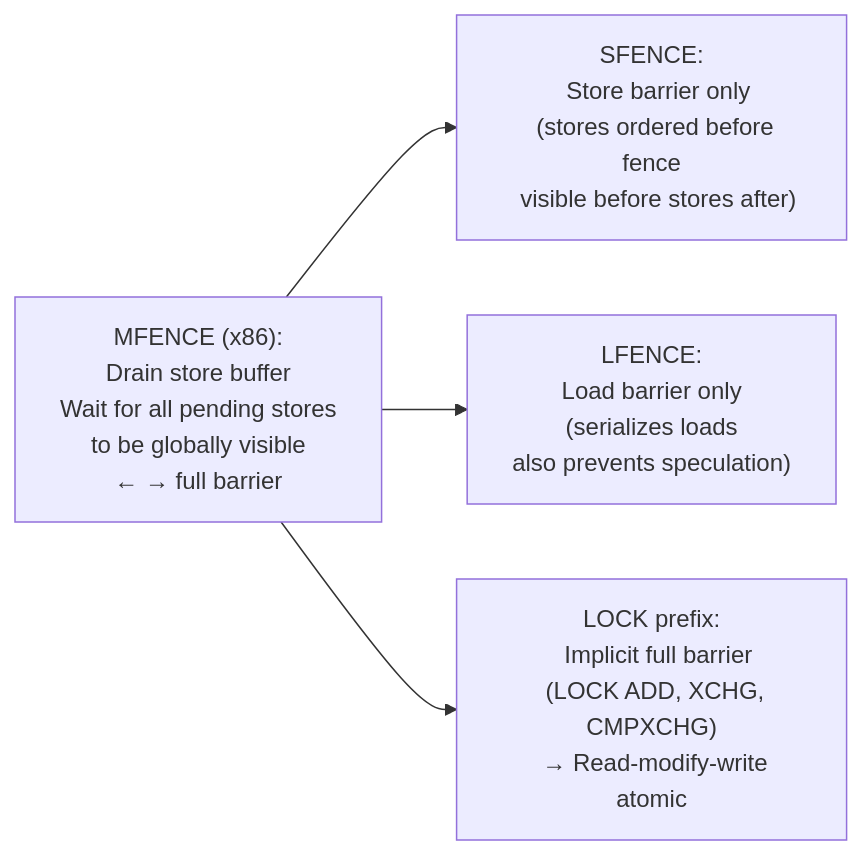
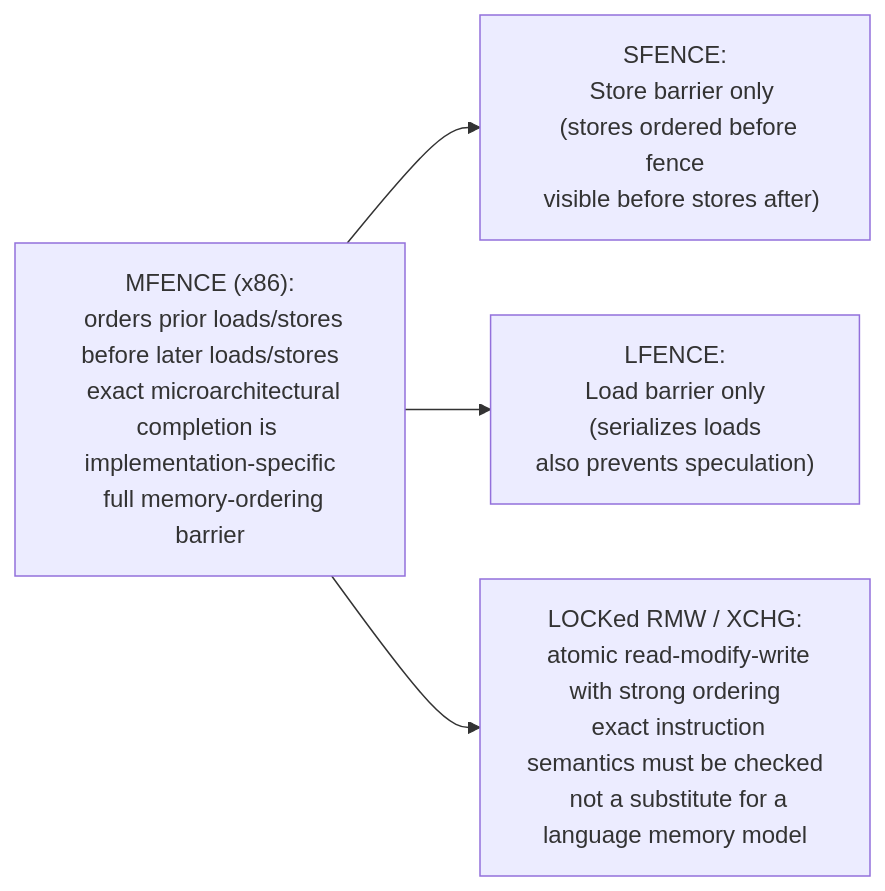
One commit to choisimo/document changed the second of 18 diagrams in content/docs/books/cs-reference/ko/systems-programming-internals.md. Above: the diagram before and after it, drawn with Mermaid. The commit also changed other lines of this file and 504 other files, not shown here.

````diff
--- a/content/docs/books/cs-reference/ko/systems-programming-internals.md
+++ b/content/docs/books/cs-reference/ko/systems-programming-internals.md
@@ -36,10 +44,10 @@
 ```mermaid
 flowchart LR
-    MFENCE["MFENCE (x86):\n  Drain store buffer\n  Wait for all pending stores\n  to be globally visible\n  ← → full barrier"]
+    MFENCE["MFENCE (x86):\n  orders prior loads/stores before later loads/stores\n  exact microarchitectural completion is implementation-specific\n  full memory-ordering barrier"]
     SFENCE["SFENCE:\n  Store barrier only\n  (stores ordered before fence\n  visible before stores after)"]
     LFENCE["LFENCE:\n  Load barrier only\n  (serializes loads\n  also prevents speculation)"]
-    LOCK["LOCK prefix:\n  Implicit full barrier\n  (LOCK ADD, XCHG, CMPXCHG)\n  → Read-modify-write atomic"]
+    LOCK["LOCKed RMW / XCHG:\n  atomic read-modify-write with strong ordering\n  exact instruction semantics must be checked\n  not a substitute for a language memory model"]
     MFENCE --> SFENCE
     MFENCE --> LFENCE
     MFENCE --> LOCK
 ```
````
